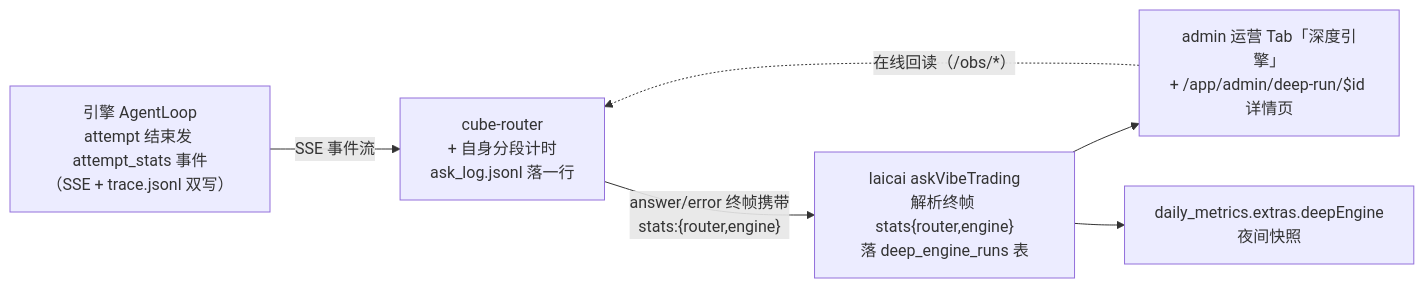
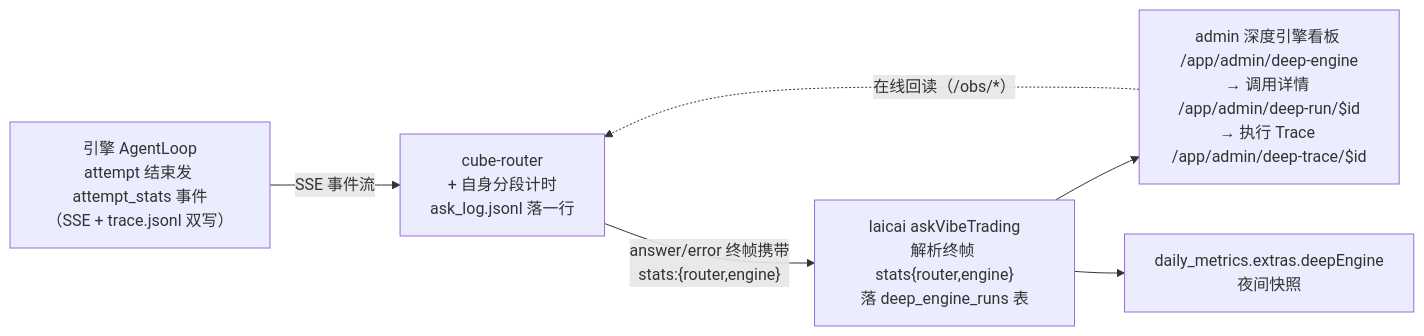
One commit to yqf19930712/Vibe-Trading changed the first of 2 diagrams in docs/OBSERVABILITY.md. Above: the diagram before and after it, drawn with Mermaid. The commit also changed other lines of this file, not shown here.

First line of the commit message:
docs: 五轮整改 VD——OBSERVABILITY 关联 id、attempt_stats 字段、trace 类型与事件流

````diff
--- a/docs/OBSERVABILITY.md
+++ b/docs/OBSERVABILITY.md
@@ -22,14 +22,14 @@
 ```mermaid
 flowchart LR
     E["引擎 AgentLoop<br/>attempt 结束发 attempt_stats 事件<br/>（SSE + trace.jsonl 双写）"]
     R["cube-router<br/>+ 自身分段计时<br/>ask_log.jsonl 落一行"]
     L["laicai askVibeTrading<br/>解析终帧 stats{router,engine}<br/>落 deep_engine_runs 表"]
-    A["admin 运营 Tab「深度引擎」<br/>+ /app/admin/deep-run/$id 详情页"]
+    A["admin 深度引擎看板 /app/admin/deep-engine<br/>→ 调用详情 /app/admin/deep-run/$id<br/>→ 执行 Trace /app/admin/deep-trace/$id"]
     D["daily_metrics.extras.deepEngine<br/>夜间快照"]
 
     E -- "SSE 事件流" --> R
     R -- "answer/error 终帧携带<br/>stats:{router,engine}" --> L
     L --> A
     L --> D
     A -. "在线回读（/obs/*）" .-> R
 ```
````
